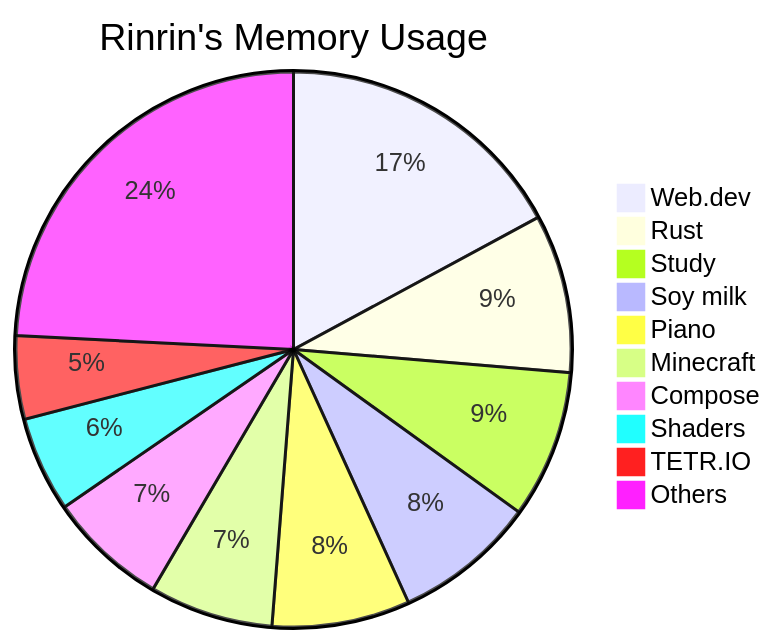
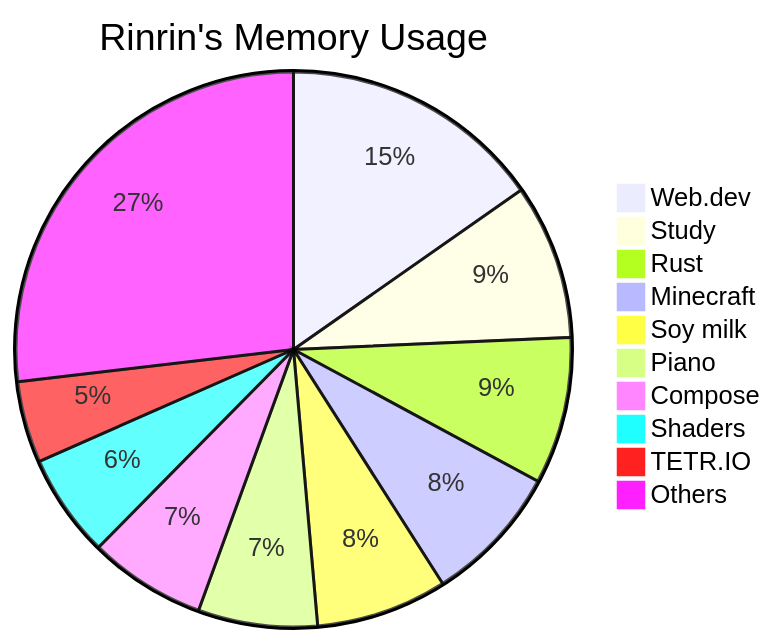
Before and after one commit to Rinrin0413/Rinrin0413: the diagram in README.md, drawn with Mermaid.

Commit message:
🛠 Update: Rinrin's Memory Usage

````diff
--- a/README.md
+++ b/README.md
@@ -75,13 +75,13 @@
 ```mermaid
 pie title Rinrin's Memory Usage
-    "Web.dev": 145
-    "Rust": 78
-    "Study": 73
-    "Soy milk": 70
-    "Piano": 68
-    "Minecraft": 61
+    "Web.dev": 132
+    "Study": 78
+    "Rust": 74
+    "Minecraft": 70
+    "Soy milk": 66
+    "Piano": 60
     "Compose": 59
-    "Shaders": 47
+    "Shaders": 52
     "TETR.IO": 41
-    "Others": 205
+    "Others": 232
 ```
````
